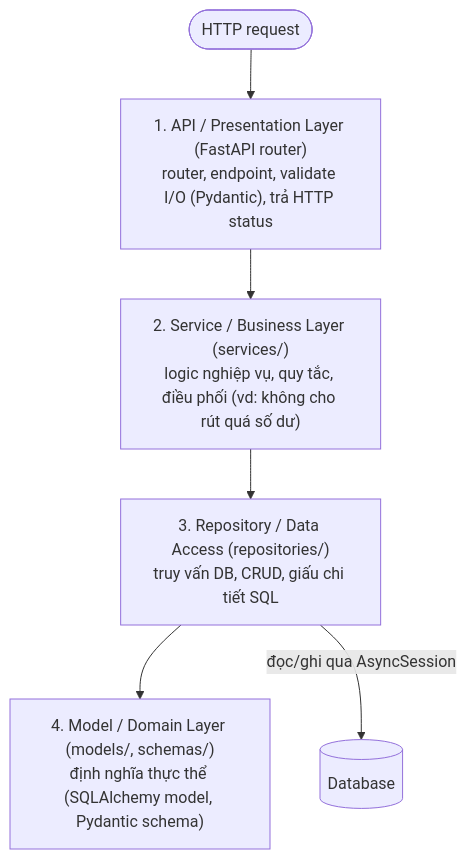
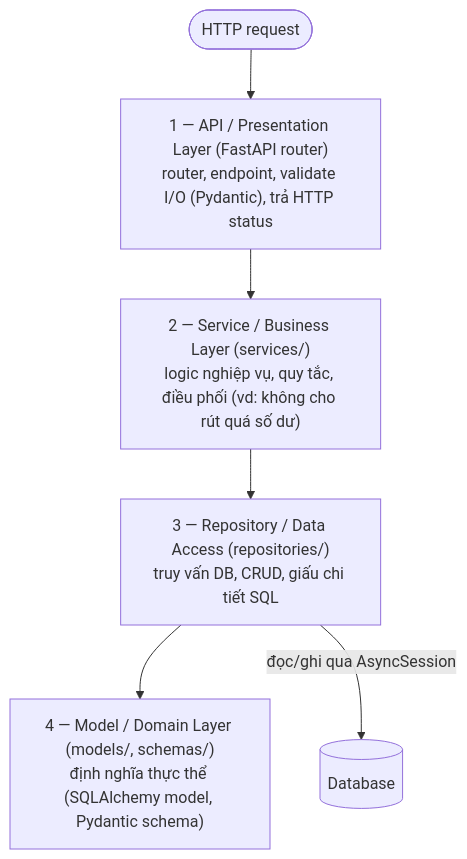
The second of 3 diagrams in 02-Backend/01-FastAPI-Overview.md (phanminhtai1029/obsidian-knowledge-base), drawn with Mermaid before and after one commit. The commit also changed 5 other files, not shown here.

First line of the commit message:
Fix sơ đồ Mermaid: bỏ nhãn dạng "số." gây lỗi "Unsupported markdown: list" trên Obsidian

````diff
--- a/02-Backend/01-FastAPI-Overview.md
+++ b/02-Backend/01-FastAPI-Overview.md
@@ -54,10 +54,10 @@
 ```mermaid
 flowchart TD
     REQ(["HTTP request"]) --> L1
-    L1["1. API / Presentation Layer (FastAPI router)<br/>router, endpoint, validate I/O (Pydantic), trả HTTP status"]
-    L2["2. Service / Business Layer (services/)<br/>logic nghiệp vụ, quy tắc, điều phối (vd: không cho rút quá số dư)"]
-    L3["3. Repository / Data Access (repositories/)<br/>truy vấn DB, CRUD, giấu chi tiết SQL"]
-    L4["4. Model / Domain Layer (models/, schemas/)<br/>định nghĩa thực thể (SQLAlchemy model, Pydantic schema)"]
+    L1["1 — API / Presentation Layer (FastAPI router)<br/>router, endpoint, validate I/O (Pydantic), trả HTTP status"]
+    L2["2 — Service / Business Layer (services/)<br/>logic nghiệp vụ, quy tắc, điều phối (vd: không cho rút quá số dư)"]
+    L3["3 — Repository / Data Access (repositories/)<br/>truy vấn DB, CRUD, giấu chi tiết SQL"]
+    L4["4 — Model / Domain Layer (models/, schemas/)<br/>định nghĩa thực thể (SQLAlchemy model, Pydantic schema)"]
     L1 --> L2 --> L3 --> L4
     L3 -->|"đọc/ghi qua AsyncSession"| DB[("Database")]
 ```
````
